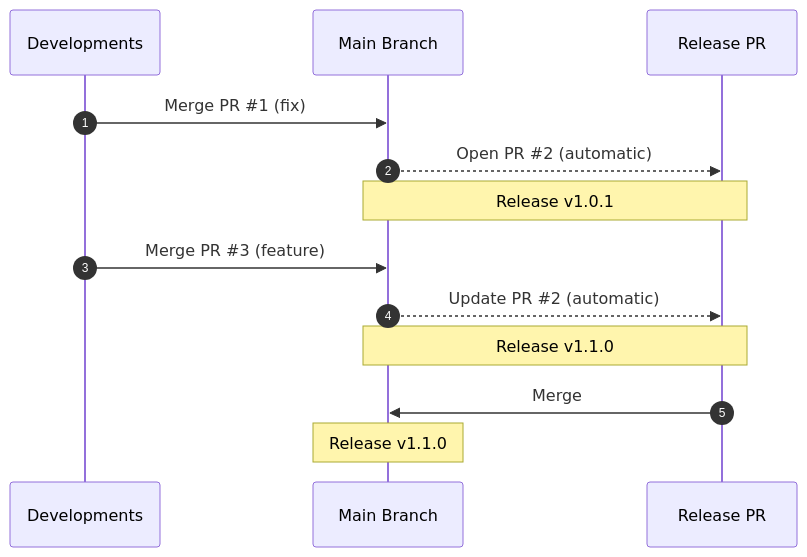
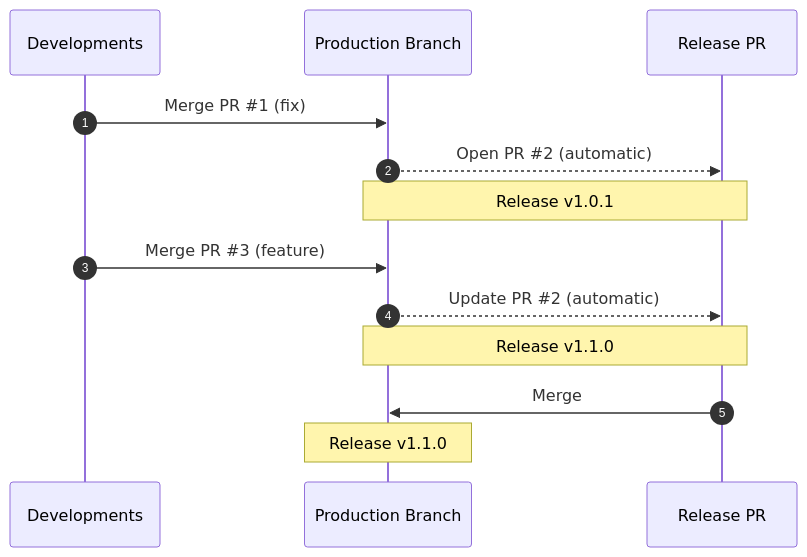
One commit to cyberspace7/release-action changed the first of 2 diagrams in README.md. Above: the diagram before and after it, drawn with Mermaid. The commit also changed other lines of this file, not shown here.

````diff
--- a/README.md
+++ b/README.md
@@ -38,16 +38,16 @@
 ```mermaid
 sequenceDiagram
   autonumber
   participant D as Developments
-  participant M as Main Branch
+  participant P as Production Branch
   participant R as Release PR
 
-  D ->> M: Merge PR #35;1 (fix)
-  M -->> R: Open PR #35;2 (automatic)
-  Note over M,R: Release v1.0.1
-  D ->> M: Merge PR #35;3 (feature)
-  M -->> R: Update PR #35;2 (automatic)
-  Note over M,R: Release v1.1.0
-  R ->> M: Merge
-  Note over M: Release v1.1.0
+  D ->> P: Merge PR #35;1 (fix)
+  P -->> R: Open PR #35;2 (automatic)
+  Note over P,R: Release v1.0.1
+  D ->> P: Merge PR #35;3 (feature)
+  P -->> R: Update PR #35;2 (automatic)
+  Note over P,R: Release v1.1.0
+  R ->> P: Merge
+  Note over P: Release v1.1.0
 ```
````
